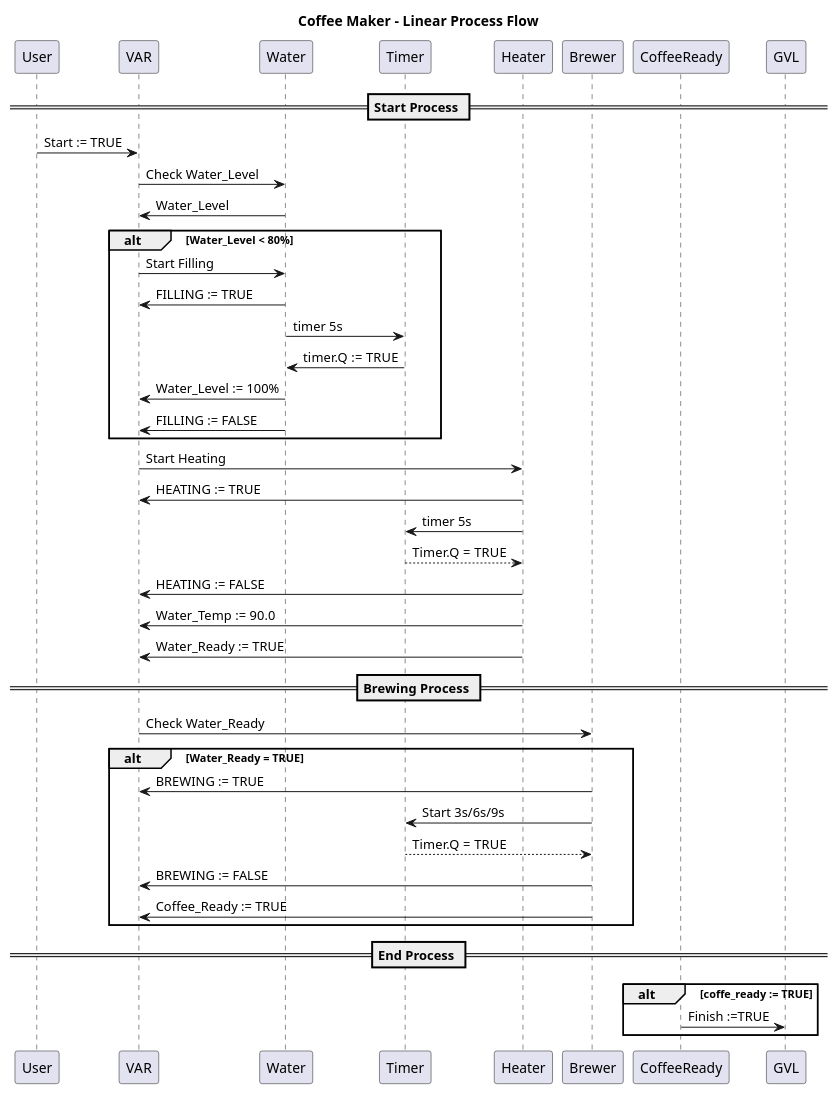
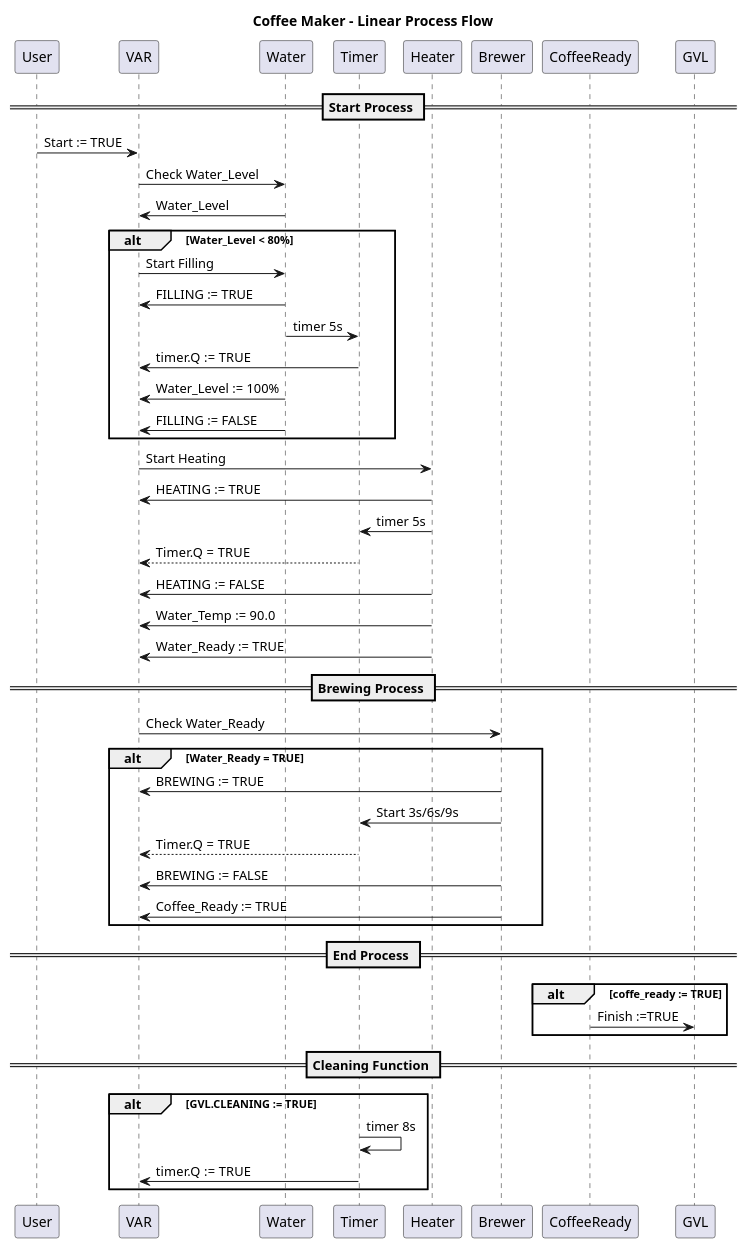
One commit to MicheleBossini/virtual-PLC changed the diagram in mdbook/src/chapter_2.md. Above: the diagram before and after it, drawn with PlantUML. The commit also changed 1 other file, not shown here.

Commit message:
adjust puml task 2 diagram

````diff
--- a/mdbook/src/chapter_2.md
+++ b/mdbook/src/chapter_2.md
@@ -21,47 +21,53 @@
 ```plantuml
 @startuml
 title Coffee Maker - Linear Process Flow
 
 == Start Process ==
 
 User -> VAR : Start := TRUE
 
 VAR -> Water : Check Water_Level
 Water -> VAR : Water_Level
 
 alt Water_Level < 80%
 VAR -> Water : Start Filling
 Water -> VAR : FILLING := TRUE
 Water -> Timer : timer 5s
-Timer -> Water : timer.Q := TRUE
+Timer -> VAR : timer.Q := TRUE
 Water -> VAR : Water_Level := 100%
 Water -> VAR : FILLING := FALSE
 end
 
 VAR -> Heater : Start Heating
 Heater -> VAR : HEATING := TRUE
 Heater -> Timer : timer 5s
-Timer --> Heater : Timer.Q = TRUE
+Timer --> VAR : Timer.Q = TRUE
 Heater -> VAR : HEATING := FALSE
 Heater -> VAR : Water_Temp := 90.0
 Heater -> VAR : Water_Ready := TRUE
 
 == Brewing Process ==
 
 VAR -> Brewer : Check Water_Ready
 alt Water_Ready = TRUE
 Brewer -> VAR : BREWING := TRUE
 Brewer -> Timer : Start 3s/6s/9s
-Timer --> Brewer : Timer.Q = TRUE
+Timer --> VAR : Timer.Q = TRUE
 Brewer -> VAR : BREWING := FALSE
 Brewer -> VAR : Coffee_Ready := TRUE
 end
 
 == End Process ==
 
 alt coffe_ready := TRUE
 CoffeeReady -> GVL : Finish :=TRUE
 end
 
+== Cleaning Function ==
+alt GVL.CLEANING := TRUE
+Timer -> Timer : timer 8s
+Timer -> VAR : timer.Q := TRUE
+end
+
 @enduml
 ```
````
